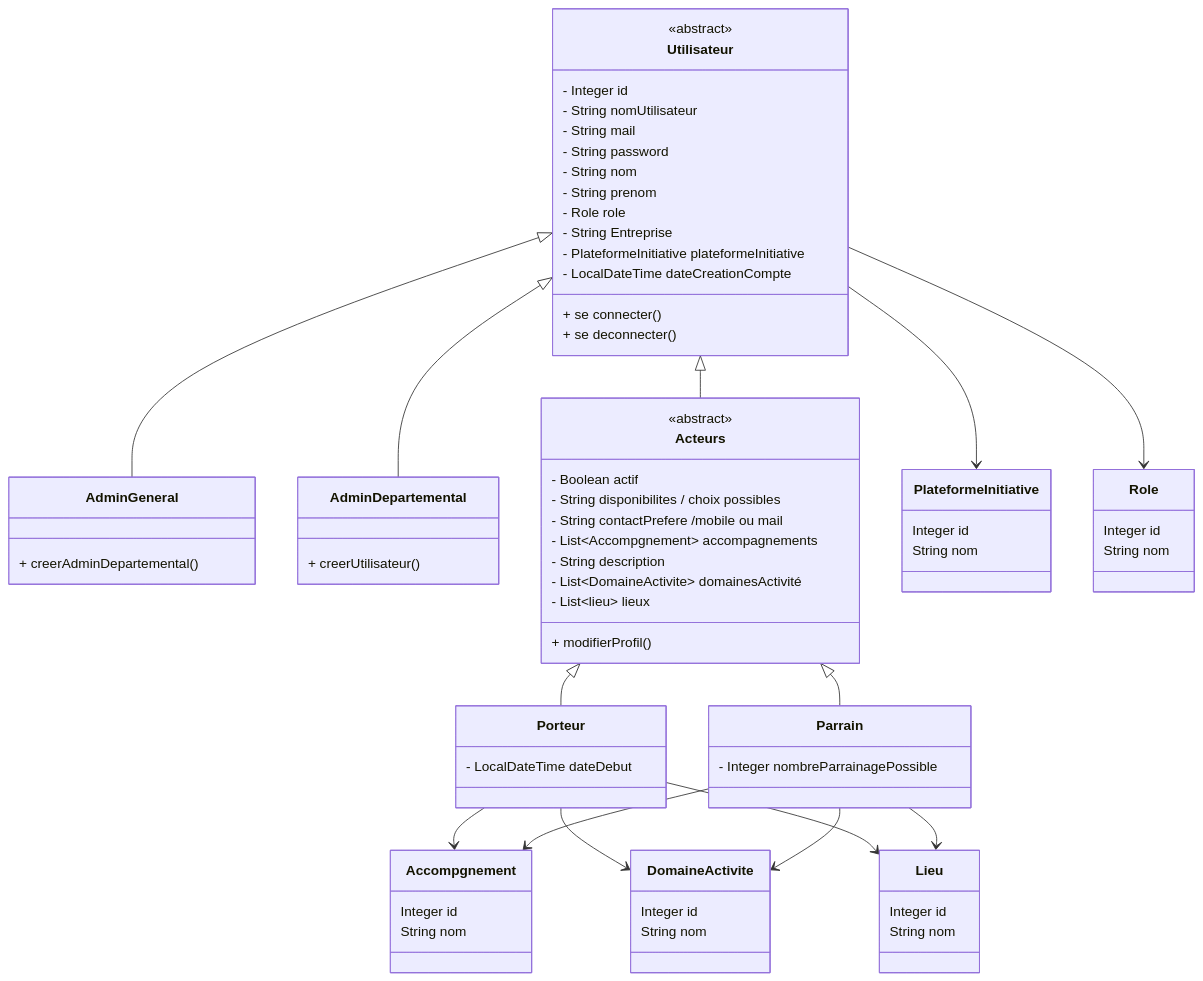
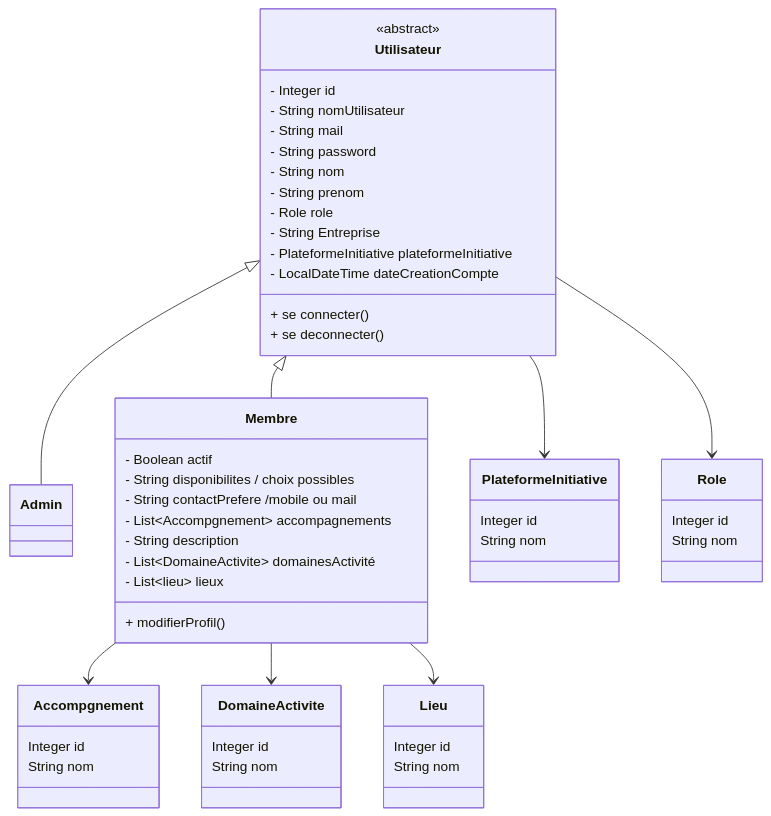
The diagram in Documents/modelConceptuelDonnées.md (OlivierV79/projet_fil_rouge_CDA), drawn with Mermaid before and after one commit. The commit also changed 32 other files, not shown here.

```diff
--- a/Documents/modelConceptuelDonnées.md
+++ b/Documents/modelConceptuelDonnées.md
@@ -20,16 +20,12 @@
     
     
     
-    class AdminGeneral{
-        + creerAdminDepartemental()
+    class Admin{
+       
     }
     
-    class AdminDepartemental{
-        + creerUtilisateur()        
-    }
-    
-    class Acteurs{
-        <<abstract>>
+      
+    class Membre{
         - Boolean actif
         - String disponibilites / choix possibles
         - String contactPrefere /mobile ou mail
@@ -40,13 +36,7 @@
         + modifierProfil()
         }
         
-    class Porteur{
-        - LocalDateTime dateDebut
-         }
     
-    class Parrain{
-        - Integer nombreParrainagePossible
-        }
         
         class Accompgnement {
             Integer id
@@ -74,23 +64,16 @@
         }
         
         
-
-
-    Utilisateur <|-- AdminGeneral
-    Utilisateur <|-- AdminDepartemental
-    Utilisateur <|-- Acteurs
+    Utilisateur <|-- Admin
+    Utilisateur <|-- Membre
     Utilisateur --> PlateformeInitiative
     Utilisateur --> Role
-    Acteurs <|-- Porteur
-    Acteurs <|-- Parrain
+    
+    Membre --> Accompgnement
+    Membre --> DomaineActivite
+    Membre --> Lieu
 
-    Porteur --> Accompgnement
-    Porteur --> DomaineActivite
-    Porteur --> Lieu
-
-    Parrain --> Accompgnement
-    Parrain --> DomaineActivite
-    Parrain --> Lieu
+    
 
   
     
```
